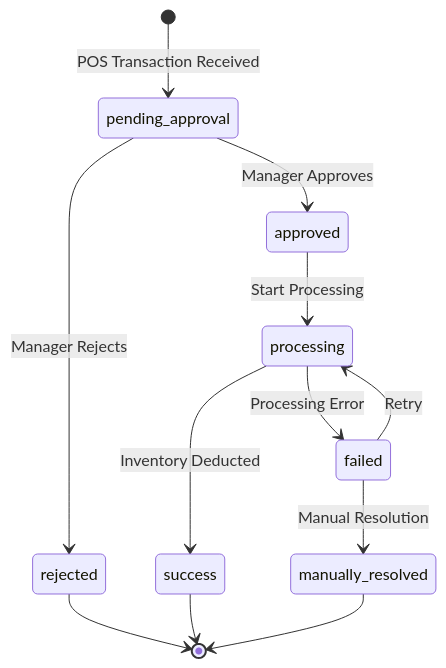
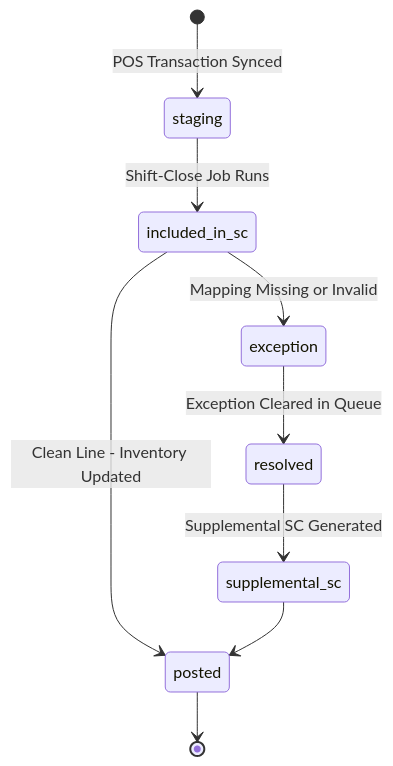
Before and after one commit to PeakMNA/carmen: the fourth of 12 diagrams in docs/app/system-administration/system-integrations/pos-integration/FD-pos-integration.md, drawn with Mermaid. The commit also changed other lines of this file and 19 other files, not shown here.

First line of the commit message:
docs: add Sales Consumption docs and update POS/ME/Inventory references

````diff
--- a/docs/app/system-administration/system-integrations/pos-integration/FD-pos-integration.md
+++ b/docs/app/system-administration/system-integrations/pos-integration/FD-pos-integration.md
@@ -14,14 +75,11 @@
 ```mermaid
 stateDiagram-v2
-    [*] --> pending_approval: POS Transaction Received
-    pending_approval --> approved: Manager Approves
-    pending_approval --> rejected: Manager Rejects
-    approved --> processing: Start Processing
-    processing --> success: Inventory Deducted
-    processing --> failed: Processing Error
-    failed --> processing: Retry
-    failed --> manually_resolved: Manual Resolution
-    rejected --> [*]
-    success --> [*]
-    manually_resolved --> [*]
+    [*] --> staging: POS Transaction Synced
+    staging --> included_in_sc: Shift-Close Job Runs
+    included_in_sc --> posted: Clean Line - Inventory Updated
+    included_in_sc --> exception: Mapping Missing or Invalid
+    exception --> resolved: Exception Cleared in Queue
+    resolved --> supplemental_sc: Supplemental SC Generated
+    supplemental_sc --> posted
+    posted --> [*]
 ```
````
